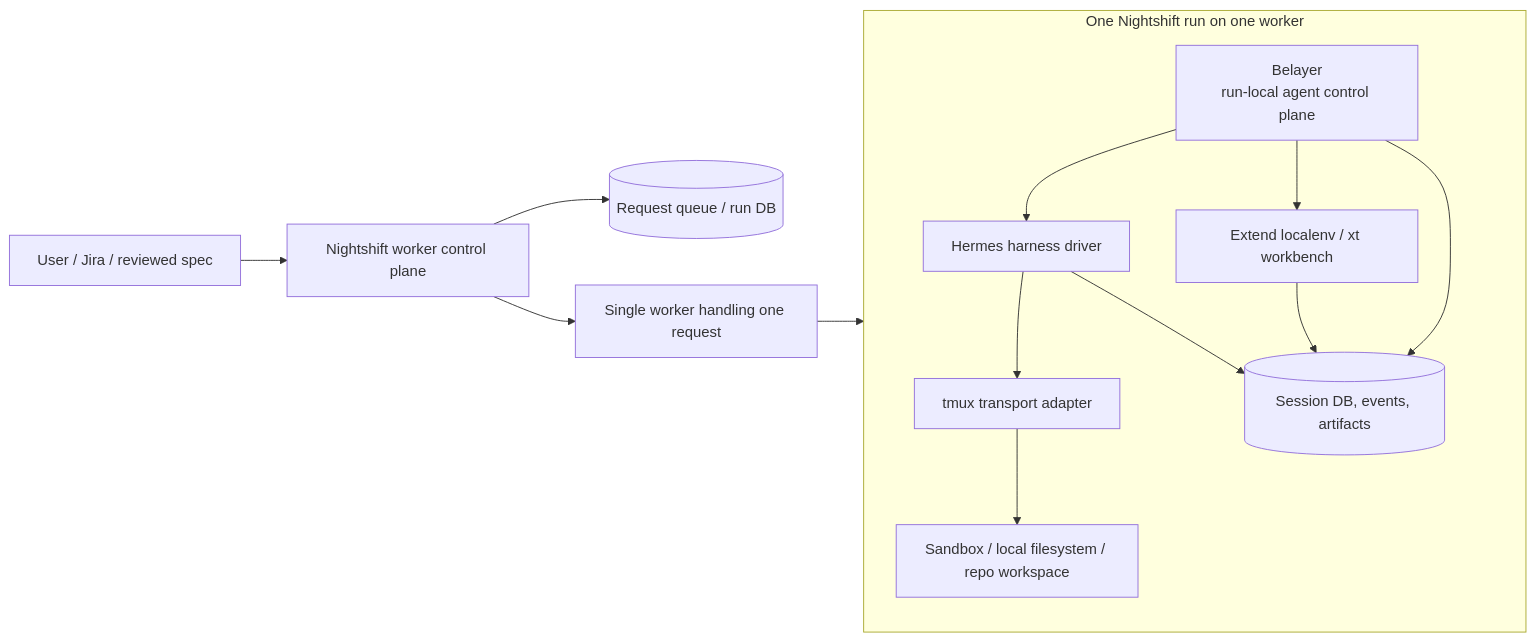
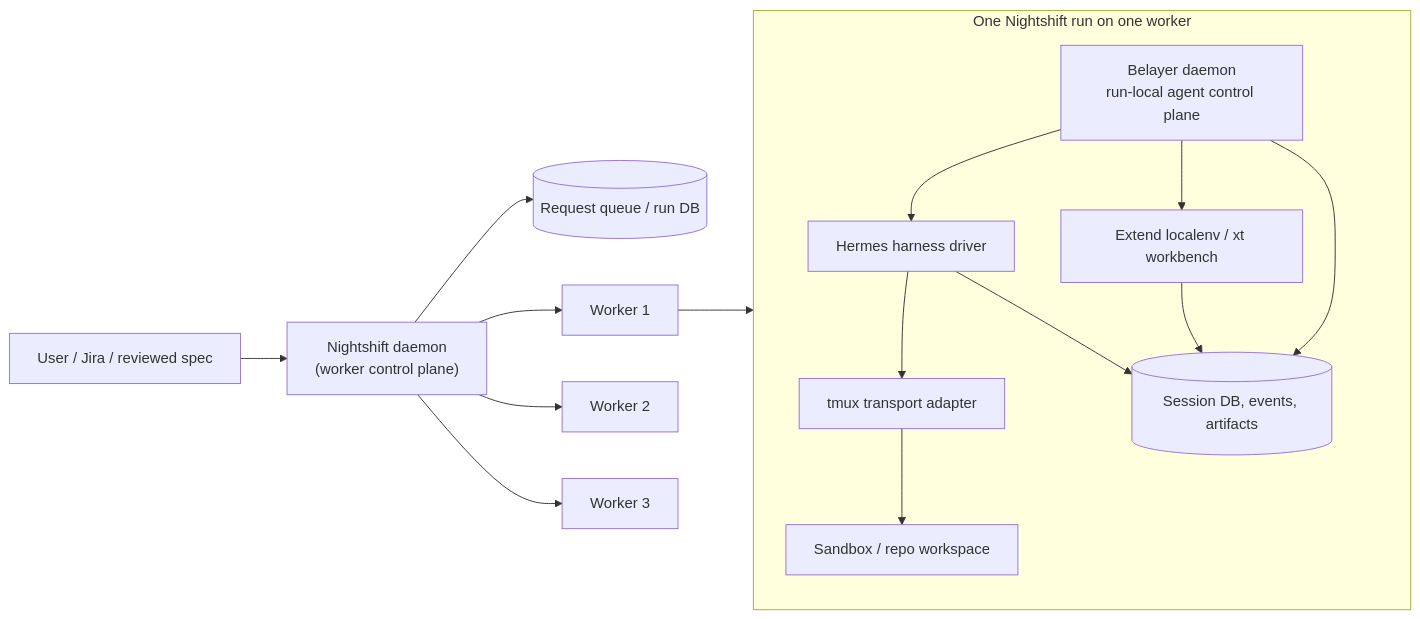
The first of 2 diagrams in docs/ARCHITECTURE.md (donovan-yohan/belayer), drawn with Mermaid before and after one commit. The commit also changed other lines of this file and 1 other file, not shown here.

Commit message:
docs: clarify worker topology and scaling path

````diff
--- a/docs/ARCHITECTURE.md
+++ b/docs/ARCHITECTURE.md
@@ -39,25 +39,27 @@
 ```mermaid
 flowchart LR
-    User["User / Jira / reviewed spec"] --> NCP["Nightshift worker control plane"]
+    User["User / Jira / reviewed spec"] --> NCP["Nightshift daemon\n(worker control plane)"]
     NCP --> Queue[("Request queue / run DB")]
-    NCP --> Worker["Single worker handling one request"]
+    NCP --> W1["Worker 1"]
+    NCP --> W2["Worker 2"]
+    NCP --> W3["Worker 3"]
 
     subgraph WorkerRun["One Nightshift run on one worker"]
-        B["Belayer\nrun-local agent control plane"]
+        B["Belayer daemon\nrun-local agent control plane"]
         H["Hermes harness driver"]
         T["tmux transport adapter"]
-        S["Sandbox / local filesystem / repo workspace"]
+        S["Sandbox / repo workspace"]
         X["Extend localenv / xt workbench"]
         A[("Session DB, events, artifacts")]
 
         B --> H
         H --> T
         T --> S
         B --> X
         B --> A
         H --> A
         X --> A
     end
 
-    Worker --> WorkerRun
+    W1 --> WorkerRun
 ```
````
